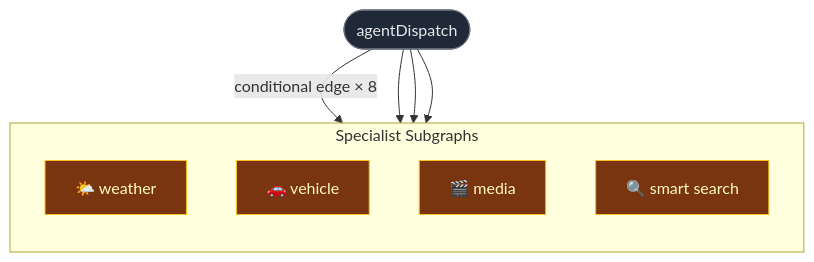
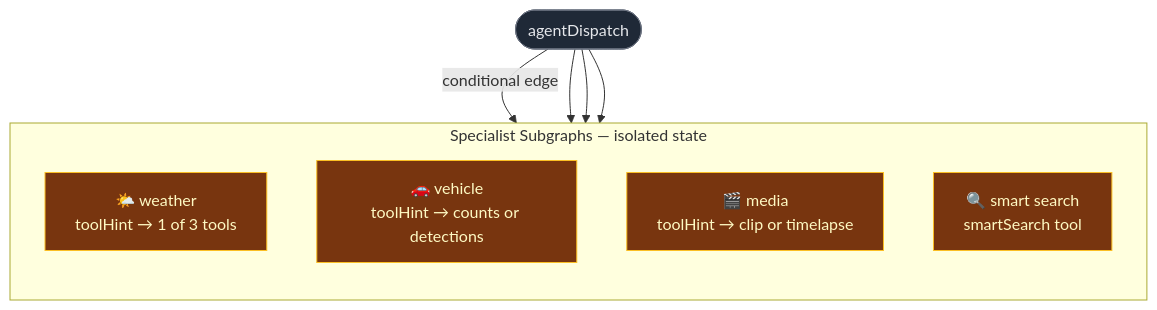
One commit to dr1tch/dr1tch-presentations changed the fourth of 7 diagrams in decks/copilot.md. Above: the diagram before and after it, drawn with Mermaid. The commit also changed other lines of this file, not shown here.

````diff
--- a/decks/copilot.md
+++ b/decks/copilot.md
@@ -377,20 +434,20 @@
 ```mermaid {scale: 0.8}
 flowchart TB
     AD(["agentDispatch"]):::input
 
-    subgraph agents["Specialist Subgraphs"]
+    subgraph agents["Specialist Subgraphs — isolated state"]
       direction TB
-      WA["🌤️ weather"]:::agent
-      VA["🚗 vehicle"]:::agent
-      MA["🎬 media"]:::agent
-      SA["🔍 smart search"]:::agent
+      WA["🌤️ weather\ntoolHint → 1 of 3 tools"]:::agent
+      VA["🚗 vehicle\ntoolHint → counts or detections"]:::agent
+      MA["🎬 media\ntoolHint → clip or timelapse"]:::agent
+      SA["🔍 smart search\nsmartSearch tool"]:::agent
     end
 
-    AD -->|"conditional edge × 8"| WA
+    AD -->|"conditional edge"| WA
     AD --> VA
     AD --> MA
     AD --> SA
 
     classDef input    fill:#1f2937,stroke:#6b7280,color:#e5e7eb
     classDef agent    fill:#78350f,stroke:#fbbf24,color:#fef9c3
 ```
````
